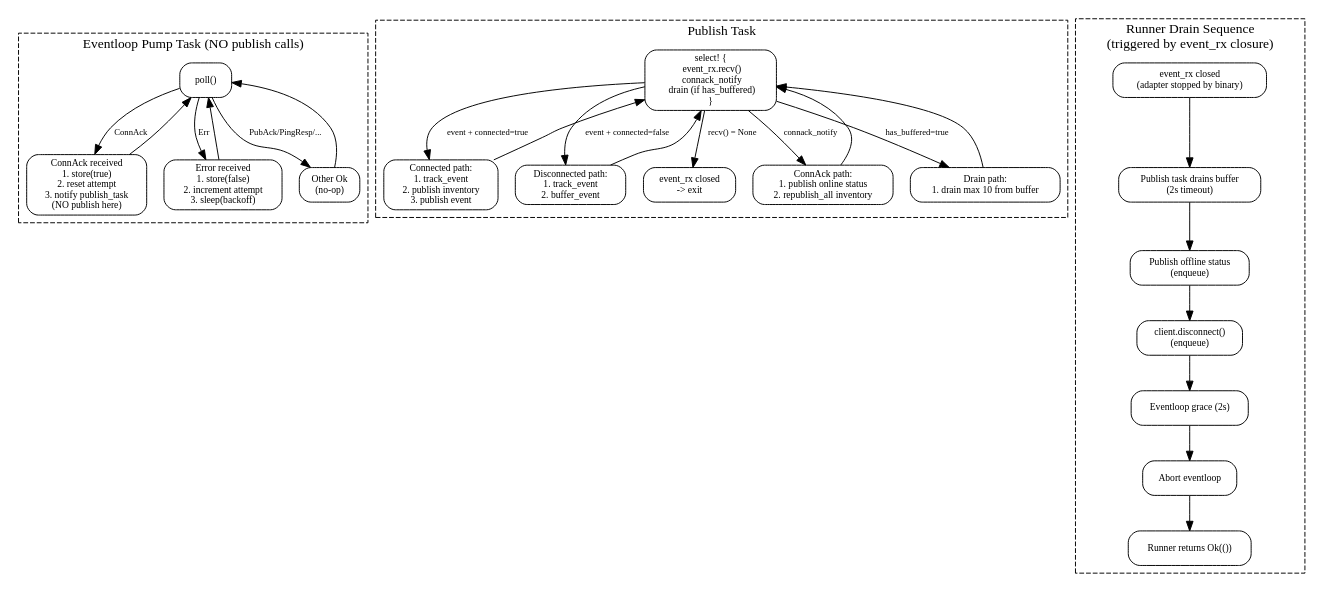
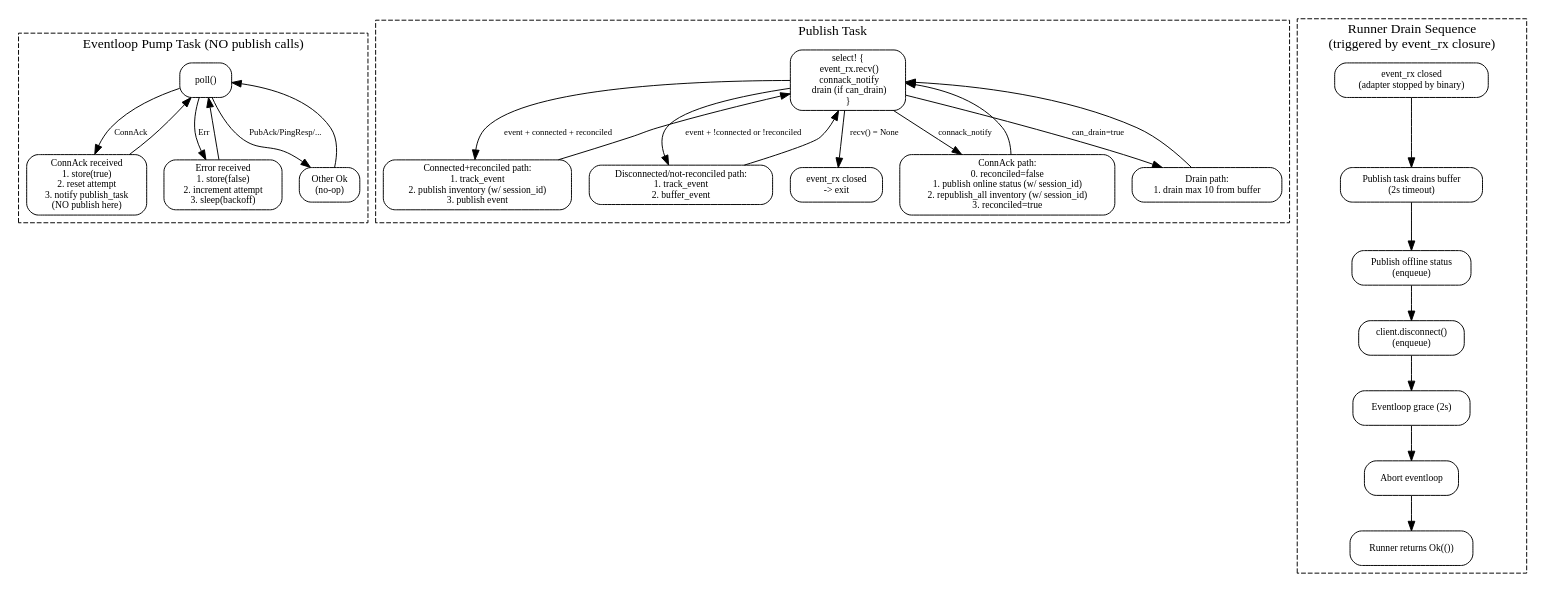
Before and after one commit to w-pinkietech/iotkit: the fourth of 4 diagrams in docs/superpowers/specs/2026-03-29-phase1a-adapter-standalone-design.md, drawn with Graphviz. The commit also changed other lines of this file, not shown here.

First line of the commit message:
docs: fix 5 Codex review issues in Phase 1A spec (session_id, reconcile, identity, validation, client_id)

````diff
--- a/docs/superpowers/specs/2026-03-29-phase1a-adapter-standalone-design.md
+++ b/docs/superpowers/specs/2026-03-29-phase1a-adapter-standalone-design.md
@@ -1648,59 +1788,59 @@
 ```dot
 digraph mqtt_protocol {
     rankdir=TB;
     compound=true;
     node [shape=box, style=rounded, fontsize=10];
     edge [fontsize=9];
 
     subgraph cluster_eventloop {
         label="Eventloop Pump Task (NO publish calls)";
         style=dashed;
         EL_Poll [label="poll()"];
         EL_ConnAck [label="ConnAck received\n1. store(true)\n2. reset attempt\n3. notify publish_task\n(NO publish here)"];
         EL_Err [label="Error received\n1. store(false)\n2. increment attempt\n3. sleep(backoff)"];
         EL_Ok [label="Other Ok\n(no-op)"];
 
         EL_Poll -> EL_ConnAck [label="ConnAck"];
         EL_Poll -> EL_Err [label="Err"];
         EL_Poll -> EL_Ok [label="PubAck/PingResp/..."];
         EL_ConnAck -> EL_Poll;
         EL_Err -> EL_Poll;
         EL_Ok -> EL_Poll;
     }
 
     subgraph cluster_publish {
         label="Publish Task";
         style=dashed;
-        PT_Select [label="select! {\n  event_rx.recv()\n  connack_notify\n  drain (if has_buffered)\n}"];
-        PT_Event_Connected [label="Connected path:\n1. track_event\n2. publish inventory\n3. publish event"];
-        PT_Event_Disconnected [label="Disconnected path:\n1. track_event\n2. buffer_event"];
-        PT_Reconnect [label="ConnAck path:\n1. publish online status\n2. republish_all inventory"];
+        PT_Select [label="select! {\n  event_rx.recv()\n  connack_notify\n  drain (if can_drain)\n}"];
+        PT_Event_Connected [label="Connected+reconciled path:\n1. track_event\n2. publish inventory (w/ session_id)\n3. publish event"];
+        PT_Event_Disconnected [label="Disconnected/not-reconciled path:\n1. track_event\n2. buffer_event"];
+        PT_Reconnect [label="ConnAck path:\n0. reconciled=false\n1. publish online status (w/ session_id)\n2. republish_all inventory (w/ session_id)\n3. reconciled=true"];
         PT_Drain [label="Drain path:\n1. drain max 10 from buffer"];
         PT_Exit [label="event_rx closed\n-> exit"];
 
-        PT_Select -> PT_Event_Connected [label="event + connected=true"];
-        PT_Select -> PT_Event_Disconnected [label="event + connected=false"];
+        PT_Select -> PT_Event_Connected [label="event + connected + reconciled"];
+        PT_Select -> PT_Event_Disconnected [label="event + !connected or !reconciled"];
         PT_Select -> PT_Reconnect [label="connack_notify"];
-        PT_Select -> PT_Drain [label="has_buffered=true"];
+        PT_Select -> PT_Drain [label="can_drain=true"];
         PT_Select -> PT_Exit [label="recv() = None"];
         PT_Event_Connected -> PT_Select;
         PT_Event_Disconnected -> PT_Select;
         PT_Reconnect -> PT_Select;
         PT_Drain -> PT_Select;
     }
 
     subgraph cluster_shutdown {
         label="Runner Drain Sequence\n(triggered by event_rx closure)";
         style=dashed;
         S1 [label="event_rx closed\n(adapter stopped by binary)"];
         S2 [label="Publish task drains buffer\n(2s timeout)"];
         S3 [label="Publish offline status\n(enqueue)"];
         S4 [label="client.disconnect()\n(enqueue)"];
         S5 [label="Eventloop grace (2s)"];
         S6 [label="Abort eventloop"];
         S7 [label="Runner returns Ok(())"];
 
         S1 -> S2 -> S3 -> S4 -> S5 -> S6 -> S7;
     }
 }
 ```
````
